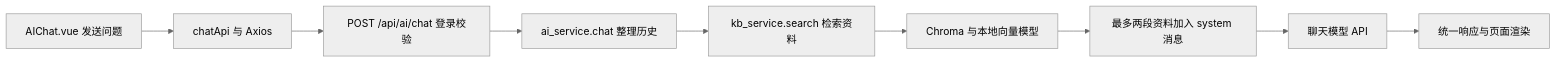
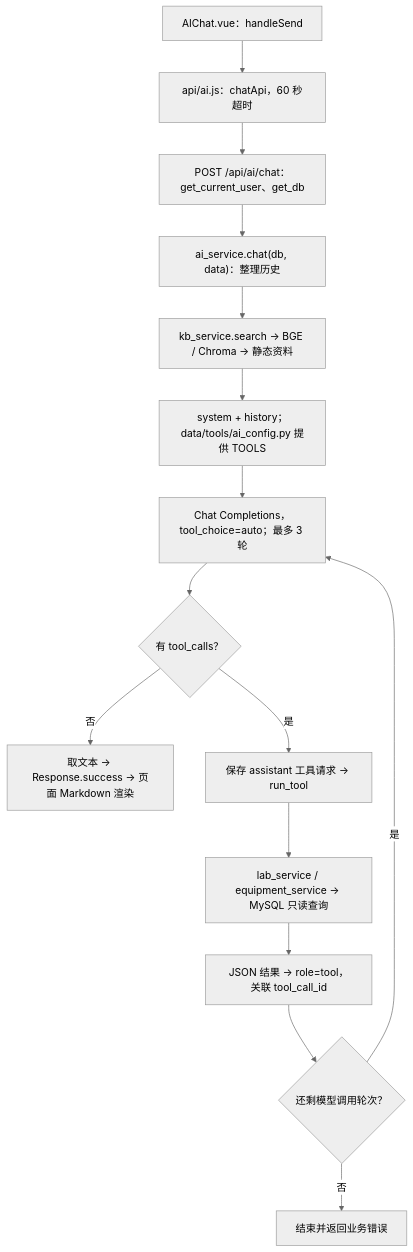
Before and after one commit to JasonCauly/Lab_Agent: the seventh of 8 diagrams in README.md, drawn with Mermaid (neutral theme). The commit also changed other lines of this file and 8 other files, not shown here.

````diff
--- a/README.md
+++ b/README.md
@@ -1256,11 +1260,17 @@
 ```mermaid
-flowchart LR
-    A[AIChat.vue 发送问题] --> B[chatApi 与 Axios]
-    B --> C[POST /api/ai/chat 登录校验]
-    C --> D[ai_service.chat 整理历史]
-    D --> E[kb_service.search 检索资料]
-    E --> F[Chroma 与本地向量模型]
-    F --> G[最多两段资料加入 system 消息]
-    G --> H[聊天模型 API]
-    H --> I[统一响应与页面渲染]
+flowchart TD
+    A["AIChat.vue：handleSend"] --> B["api/ai.js：chatApi，60 秒超时"]
+    B --> C["POST /api/ai/chat：get_current_user、get_db"]
+    C --> D["ai_service.chat(db, data)：整理历史"]
+    D --> E["kb_service.search → BGE / Chroma → 静态资料"]
+    E --> F["system + history；data/tools/ai_config.py 提供 TOOLS"]
+    F --> G["Chat Completions，tool_choice=auto；最多 3 轮"]
+    G --> H{"有 tool_calls？"}
+    H -->|否| I["取文本 → Response.success → 页面 Markdown 渲染"]
+    H -->|是| J["保存 assistant 工具请求 → run_tool"]
+    J --> K["lab_service / equipment_service → MySQL 只读查询"]
+    K --> L["JSON 结果 → role=tool，关联 tool_call_id"]
+    L --> M{"还剩模型调用轮次？"}
+    M -->|是| G
+    M -->|否| N["结束并返回业务错误"]
 ```
````
